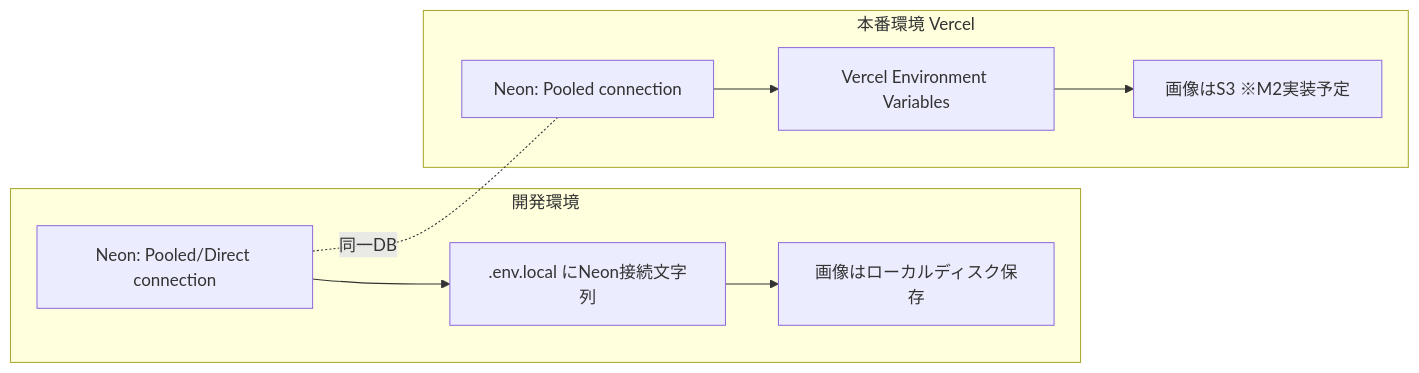
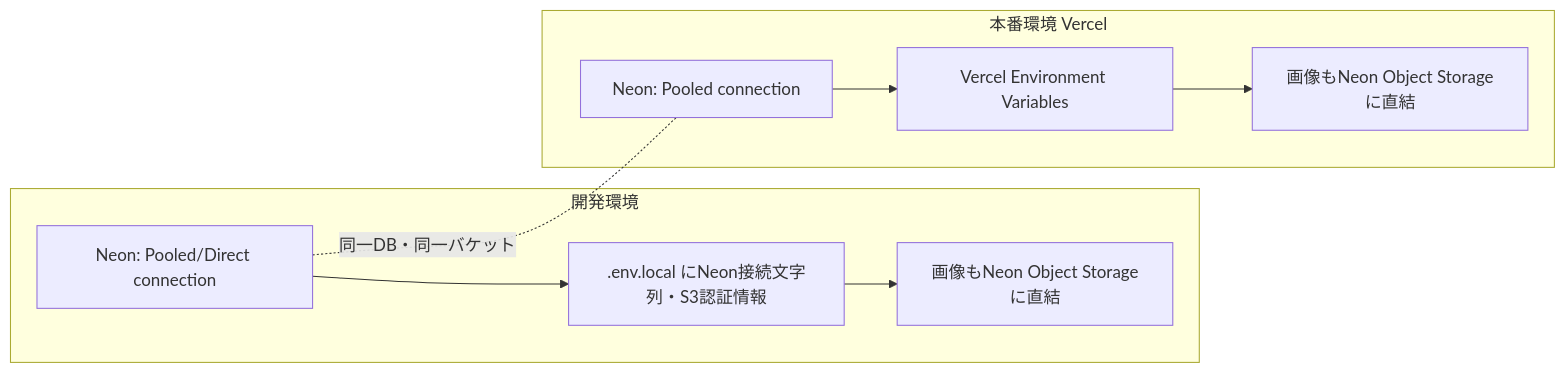
Before and after one commit to saitama-Agile2026/team-a: the diagram in AGENTS.md, drawn with Mermaid. The commit also changed other lines of this file and 6 other files, not shown here.

````diff
--- a/AGENTS.md
+++ b/AGENTS.md
@@ -77,12 +47,12 @@
 ```mermaid
 flowchart LR
     subgraph 開発環境
-      D1[Neon: Pooled/Direct connection] --> D2[.env.local にNeon接続文字列]
-      D2 --> D3[画像はローカルディスク保存]
+      D1[Neon: Pooled/Direct connection] --> D2[.env.local にNeon接続文字列・S3認証情報]
+      D2 --> D3[画像もNeon Object Storageに直結]
     end
     subgraph 本番環境 Vercel
       P1[Neon: Pooled connection] --> P2[Vercel Environment Variables]
-      P2 --> P3[画像はS3 ※M2実装予定]
+      P2 --> P3[画像もNeon Object Storageに直結]
     end
-    D1 -.同一DB.- P1
+    D1 -.同一DB・同一バケット.- P1
 ```
````
